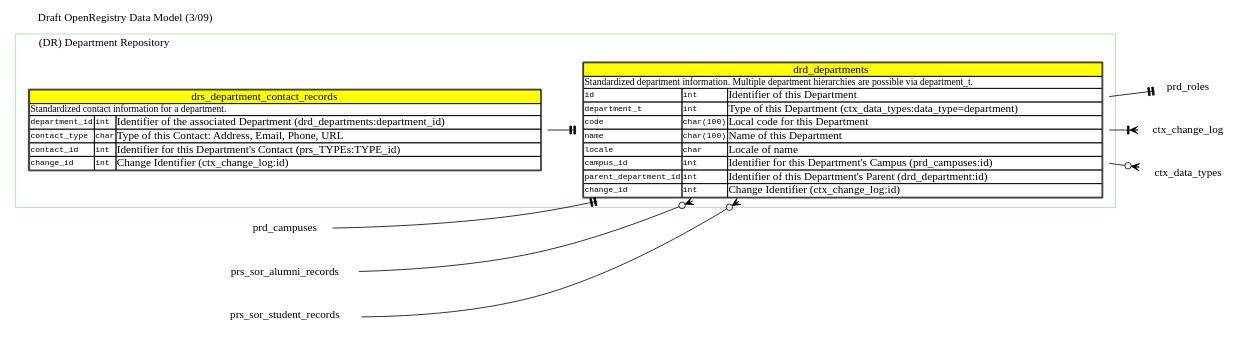
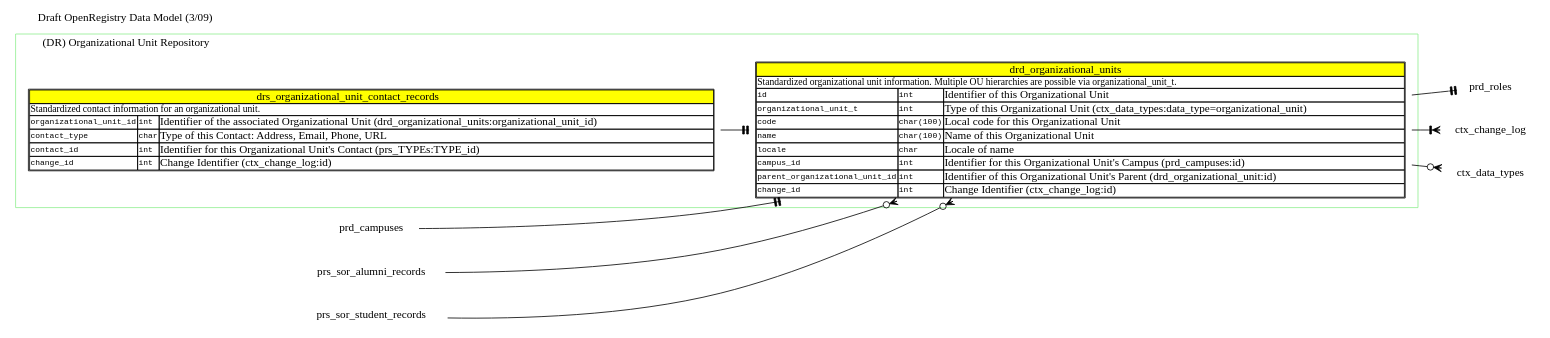
Before and after one commit to Jasig/openregistry: the diagram in src/etc/datamodel/or-erd-dr.dot, drawn with Graphviz. The commit also changed 3 other files, not shown here.

```diff
--- a/src/etc/datamodel/or-erd-dr.dot
+++ b/src/etc/datamodel/or-erd-dr.dot
@@ -1,125 +1,125 @@
 /*
  * Version: $Revision$
  * Date: $Date$
  */
 
 digraph ORDATAMODEL {
   graph [label="Draft OpenRegistry Data Model (3/09)", labelloc="t", labeljust="l", rankdir="LR"]
   node [shape=plaintext, labeljust="l"]
 
   /*
-   * Department Repository cluster
+   * Organizational Unit Repository cluster
    */
    
   subgraph cluster_DR {
-    label = "(DR) Department Repository";
+    label = "(DR) Organizational Unit Repository";
 	color = "lightgreen";
 	
     /*
-     * Department Contacts - broken out separately to allow > 1
+     * Organizational Unit Contacts - broken out separately to allow > 1
      */
 
-    drs_department_contact_records [label=<<table cellborder="1" cellpadding="0" cellspacing="0">
+    drs_organizational_unit_contact_records [label=<<table cellborder="1" cellpadding="0" cellspacing="0">
 <tr>
- <td bgcolor="yellow" colspan="3"><font point-size="14">drs_department_contact_records</font></td>
+ <td bgcolor="yellow" colspan="3"><font point-size="14">drs_organizational_unit_contact_records</font></td>
 </tr>
 <tr>
- <td align="left" colspan="3"><font point-size="12">Standardized contact information for a department.</font></td>
+ <td align="left" colspan="3"><font point-size="12">Standardized contact information for an organizational unit.</font></td>
 </tr>
 <tr>
- <td align="left"><font face="Courier" point-size="10">department_id</font></td>
+ <td align="left"><font face="Courier" point-size="10">organizational_unit_id</font></td>
  <td align="left"><font face="Courier" point-size="10">int</font></td>
- <td align="left">Identifier of the associated Department (drd_departments:department_id)</td>
+ <td align="left">Identifier of the associated Organizational Unit (drd_organizational_units:organizational_unit_id)</td>
 </tr>
 <tr>
  <td align="left"><font face="Courier" point-size="10">contact_type</font></td>
  <td align="left"><font face="Courier" point-size="10">char</font></td>
  <td align="left">Type of this Contact: Address, Email, Phone, URL</td>
 </tr>
 <tr>
  <td align="left"><font face="Courier" point-size="10">contact_id</font></td>
  <td align="left"><font face="Courier" point-size="10">int</font></td>
- <td align="left">Identifier for this Department's Contact (prs_TYPEs:TYPE_id)</td>
+ <td align="left">Identifier for this Organizational Unit's Contact (prs_TYPEs:TYPE_id)</td>
 </tr>
 <tr>
  <td align="left"><font face="Courier" point-size="10">change_id</font></td>
  <td align="left"><font face="Courier" point-size="10">int</font></td>
  <td align="left">Change Identifier (ctx_change_log:id)</td>
 </tr>
    </table>>];
 
     /*
-     * Departments
+     * Organizational Units
 	 */
 
-    drd_departments [label=<<table cellborder="1" cellpadding="0" cellspacing="0">
+    drd_organizational_units [label=<<table cellborder="1" cellpadding="0" cellspacing="0">
 <tr>
- <td bgcolor="yellow" colspan="3"><font point-size="14">drd_departments</font></td>
+ <td bgcolor="yellow" colspan="3"><font point-size="14">drd_organizational_units</font></td>
 </tr>
 <tr>
- <td align="left" colspan="3"><font point-size="12">Standardized department information.
- Multiple department hierarchies are possible via department_t.</font></td>
+ <td align="left" colspan="3"><font point-size="12">Standardized organizational unit information.
+ Multiple OU hierarchies are possible via organizational_unit_t.</font></td>
 </tr>
 <tr>
  <td align="left"><font face="Courier" point-size="10">id</font></td>
  <td align="left"><font face="Courier" point-size="10">int</font></td>
- <td align="left">Identifier of this Department</td>
+ <td align="left">Identifier of this Organizational Unit</td>
 </tr>
 <tr>
- <td align="left"><font face="Courier" point-size="10">department_t</font></td>
+ <td align="left"><font face="Courier" point-size="10">organizational_unit_t</font></td>
  <td align="left"><font face="Courier" point-size="10">int</font></td>
- <td align="left">Type of this Department (ctx_data_types:data_type=department)</td>
+ <td align="left">Type of this Organizational Unit (ctx_data_types:data_type=organizational_unit)</td>
 </tr>
 <tr>
  <td align="left"><font face="Courier" point-size="10">code</font></td>
  <td align="left"><font face="Courier" point-size="10">char(100)</font></td>
- <td align="left">Local code for this Department</td>
+ <td align="left">Local code for this Organizational Unit</td>
 </tr>
 <tr>
  <td align="left"><font face="Courier" point-size="10">name</font></td>
  <td align="left"><font face="Courier" point-size="10">char(100)</font></td>
- <td align="left">Name of this Department</td>
+ <td align="left">Name of this Organizational Unit</td>
 </tr>
 <tr>
  <td align="left"><font face="Courier" point-size="10">locale</font></td>
  <td align="left"><font face="Courier" point-size="10">char</font></td>
  <td align="left">Locale of name</td>
 </tr>
 <tr>
  <td align="left"><font face="Courier" point-size="10">campus_id</font></td>
  <td align="left"><font face="Courier" point-size="10">int</font></td>
- <td align="left">Identifier for this Department's Campus (prd_campuses:id)</td>
+ <td align="left">Identifier for this Organizational Unit's Campus (prd_campuses:id)</td>
 </tr>
 <tr>
- <td align="left"><font face="Courier" point-size="10">parent_department_id</font></td>
+ <td align="left"><font face="Courier" point-size="10">parent_organizational_unit_id</font></td>
  <td align="left"><font face="Courier" point-size="10">int</font></td>
- <td align="left">Identifier of this Department's Parent (drd_department:id)</td>
+ <td align="left">Identifier of this Organizational Unit's Parent (drd_organizational_unit:id)</td>
 </tr>
 <tr>
  <td align="left"><font face="Courier" point-size="10">change_id</font></td>
  <td align="left"><font face="Courier" point-size="10">int</font></td>
  <td align="left">Change Identifier (ctx_change_log:id)</td>
 </tr>
    </table>>];	
   } /* cluster_DR */
 
   /*
    * relations
    *
    * 0/1: odottee
    * 1: teetee
    * 0+: crowodot
    * 1+: crowotee
    *
    * x->y each x has arrowtail y's, each y has arrowhead x's
    *
    */
   
-  prd_campuses -> drd_departments [arrowhead="teetee", arrowtail="crowodot"];
-  drd_departments -> prd_roles [arrowhead="teetee", arrowtail="crowodot"];
-  drs_department_contact_records -> drd_departments [arrowhead="teetee", arrowtail="crowodot"];
-  drd_departments -> ctx_change_log [arrowhead="crowotee", arrowtail="teetee"];
-  drd_departments -> ctx_data_types [arrowhead="crowodot", arrowtail="teetee"];
-  prs_sor_alumni_records -> drd_departments [arrowhead="crowodot", arrowtail="teetee"];
-  prs_sor_student_records -> drd_departments [arrowhead="crowodot", arrowtail="teetee"];
+  prd_campuses -> drd_organizational_units [arrowhead="teetee", arrowtail="crowodot"];
+  drd_organizational_units -> prd_roles [arrowhead="teetee", arrowtail="crowodot"];
+  drs_organizational_unit_contact_records -> drd_organizational_units [arrowhead="teetee", arrowtail="crowodot"];
+  drd_organizational_units -> ctx_change_log [arrowhead="crowotee", arrowtail="teetee"];
+  drd_organizational_units -> ctx_data_types [arrowhead="crowodot", arrowtail="teetee"];
+  prs_sor_alumni_records -> drd_organizational_units [arrowhead="crowodot", arrowtail="teetee"];
+  prs_sor_student_records -> drd_organizational_units [arrowhead="crowodot", arrowtail="teetee"];
 }
```
